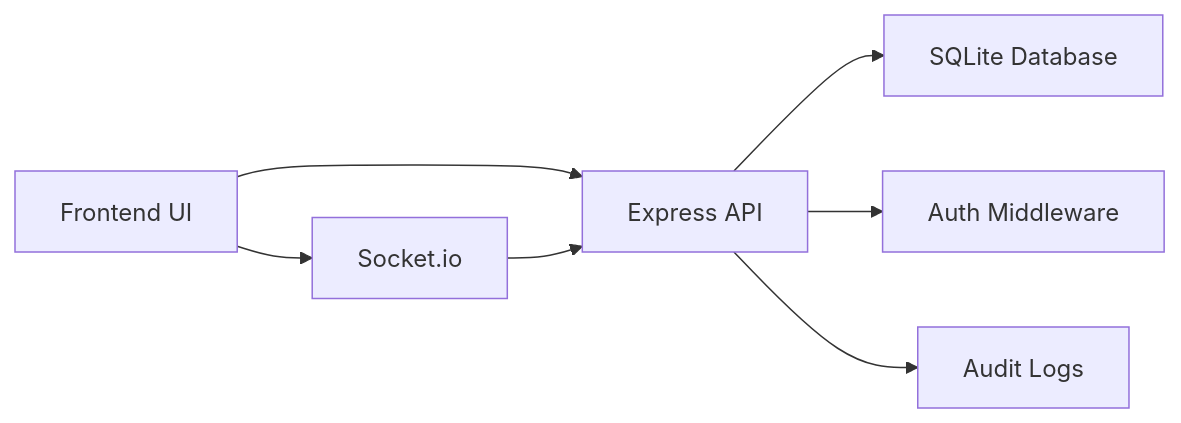
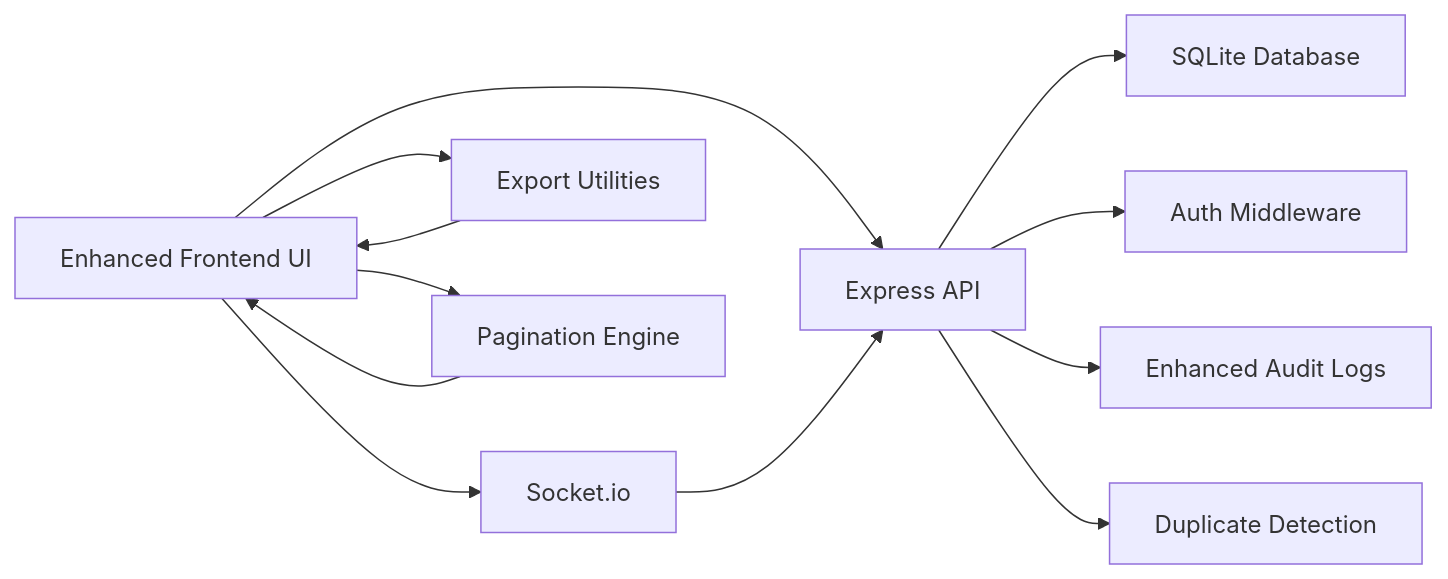
One commit to rendisiagian/TDS_by_RENDISIAGIAN changed the seventh of 7 diagrams in .qoder/repowiki/en/content/Tax Deducted at Source (TDS) System/Tax Deducted at Source (TDS) System.md. Above: the diagram before and after it, drawn with Mermaid. The commit also changed other lines of this file and 96 other files, not shown here.

````diff
--- a/.qoder/repowiki/en/content/Tax Deducted at Source (TDS) System/Tax Deducted at Source (TDS) System.md
+++ b/.qoder/repowiki/en/content/Tax Deducted at Source (TDS) System/Tax Deducted at Source (TDS) System.md
@@ -250,9 +318,14 @@
 ```mermaid
 graph LR
-UI["Frontend UI"] --> API["Express API"]
+UI["Enhanced Frontend UI"] --> API["Express API"]
 UI --> WS["Socket.io"]
+UI --> EX["Export Utilities"]
+UI --> PG["Pagination Engine"]
 API --> DB["SQLite Database"]
 API --> AUTH["Auth Middleware"]
-API --> AUDIT["Audit Logs"]
+API --> AUDIT["Enhanced Audit Logs"]
+API --> DUP["Duplicate Detection"]
 WS --> API
+EX --> UI
+PG --> UI
 ```
````
